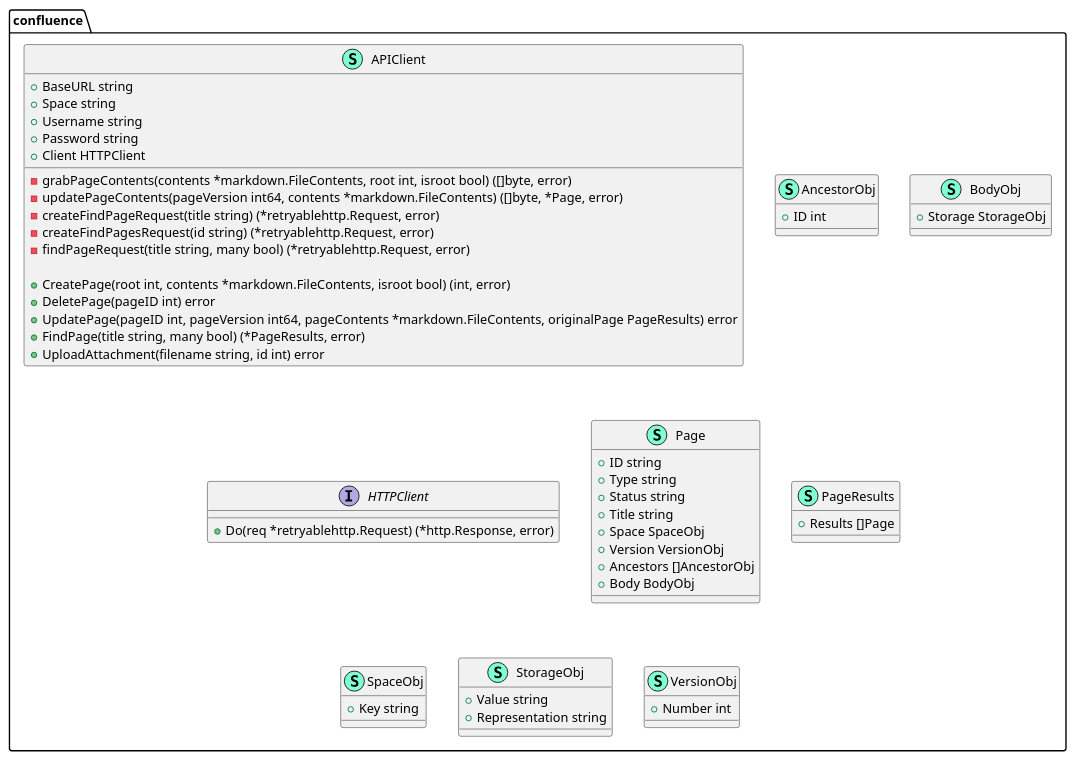
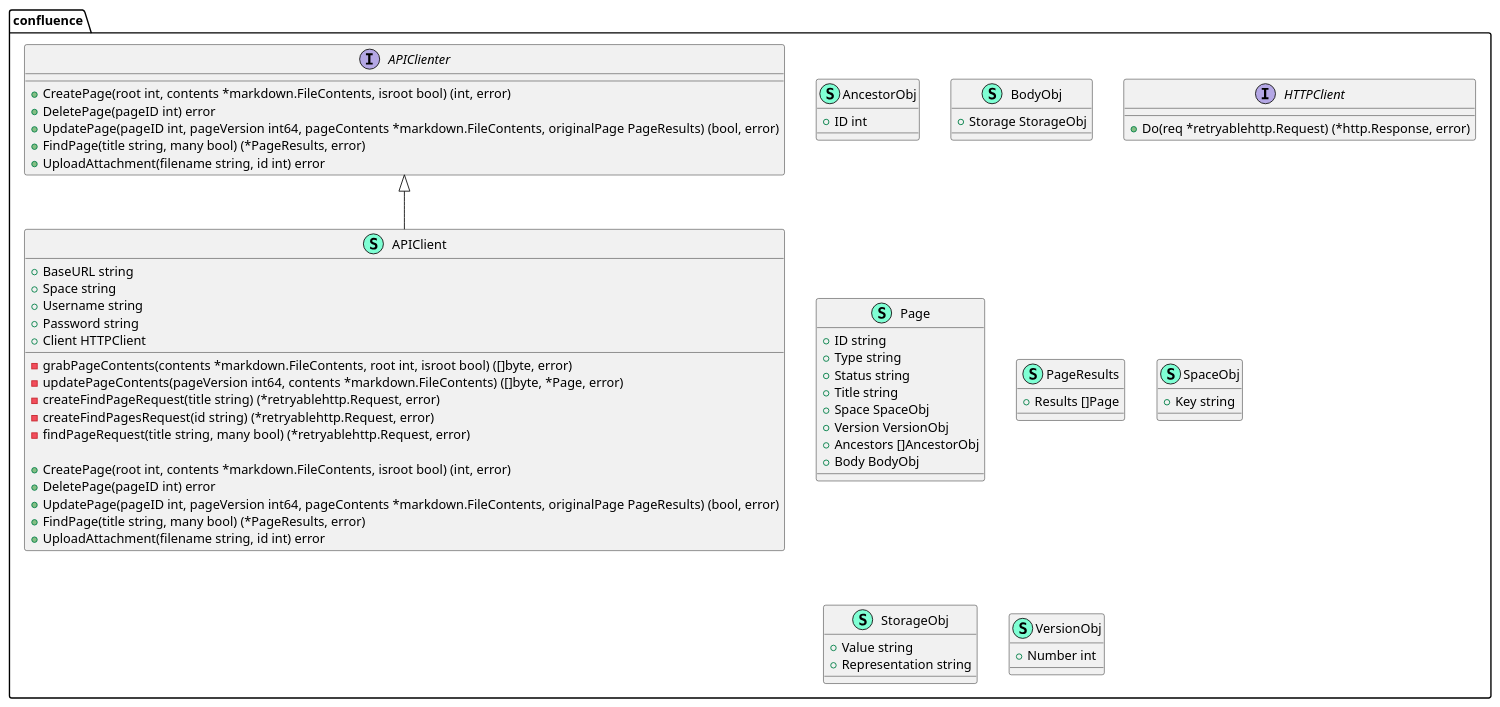
The diagram in confluence/confluence-markdown-to-confluence-pumldiagram.puml (xiatechs/markdown-to-confluence), drawn with PlantUML before and after one commit. The commit also changed 15 other files, not shown here.

```diff
--- a/confluence/confluence-markdown-to-confluence-pumldiagram.puml
+++ b/confluence/confluence-markdown-to-confluence-pumldiagram.puml
@@ -1,66 +1,75 @@
 @startuml
 namespace confluence {
     class APIClient << (S,Aquamarine) >> {
         + BaseURL string
         + Space string
         + Username string
         + Password string
         + Client HTTPClient
 
         - grabPageContents(contents *markdown.FileContents, root int, isroot bool) ([]byte, error)
         - updatePageContents(pageVersion int64, contents *markdown.FileContents) ([]byte, *Page, error)
         - createFindPageRequest(title string) (*retryablehttp.Request, error)
         - createFindPagesRequest(id string) (*retryablehttp.Request, error)
         - findPageRequest(title string, many bool) (*retryablehttp.Request, error)
 
         + CreatePage(root int, contents *markdown.FileContents, isroot bool) (int, error)
         + DeletePage(pageID int) error
-        + UpdatePage(pageID int, pageVersion int64, pageContents *markdown.FileContents, originalPage PageResults) error
+        + UpdatePage(pageID int, pageVersion int64, pageContents *markdown.FileContents, originalPage PageResults) (bool, error)
+        + FindPage(title string, many bool) (*PageResults, error)
+        + UploadAttachment(filename string, id int) error
+
+    }
+    interface APIClienter  {
+        + CreatePage(root int, contents *markdown.FileContents, isroot bool) (int, error)
+        + DeletePage(pageID int) error
+        + UpdatePage(pageID int, pageVersion int64, pageContents *markdown.FileContents, originalPage PageResults) (bool, error)
         + FindPage(title string, many bool) (*PageResults, error)
         + UploadAttachment(filename string, id int) error
 
     }
     class AncestorObj << (S,Aquamarine) >> {
         + ID int
 
     }
     class BodyObj << (S,Aquamarine) >> {
         + Storage StorageObj
 
     }
     interface HTTPClient  {
         + Do(req *retryablehttp.Request) (*http.Response, error)
 
     }
     class Page << (S,Aquamarine) >> {
         + ID string
         + Type string
         + Status string
         + Title string
         + Space SpaceObj
         + Version VersionObj
         + Ancestors []AncestorObj
         + Body BodyObj
 
     }
     class PageResults << (S,Aquamarine) >> {
         + Results []Page
 
     }
     class SpaceObj << (S,Aquamarine) >> {
         + Key string
 
     }
     class StorageObj << (S,Aquamarine) >> {
         + Value string
         + Representation string
 
     }
     class VersionObj << (S,Aquamarine) >> {
         + Number int
 
     }
 }
 
+"confluence.APIClienter" <|-- "confluence.APIClient"
 
 @enduml
```
